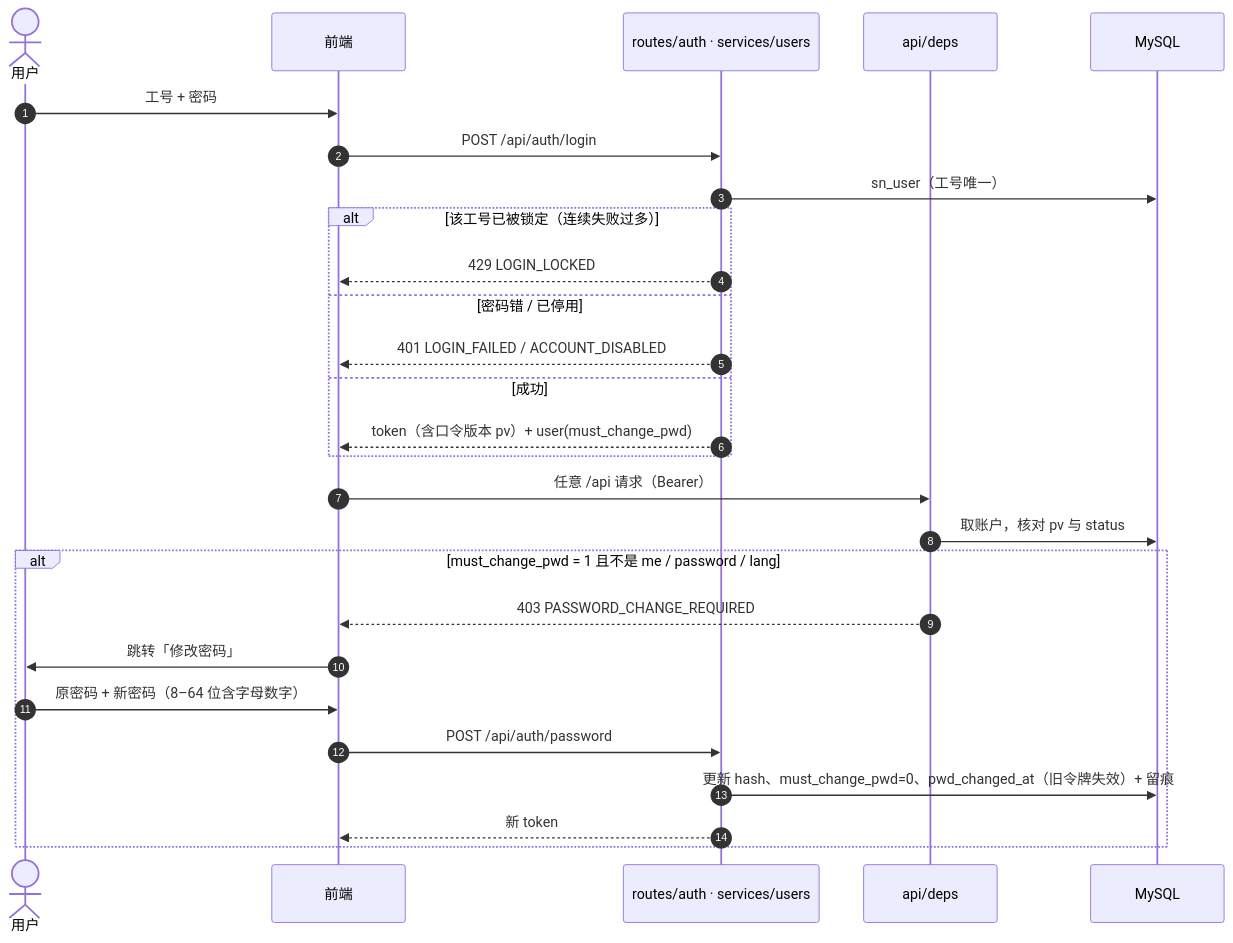
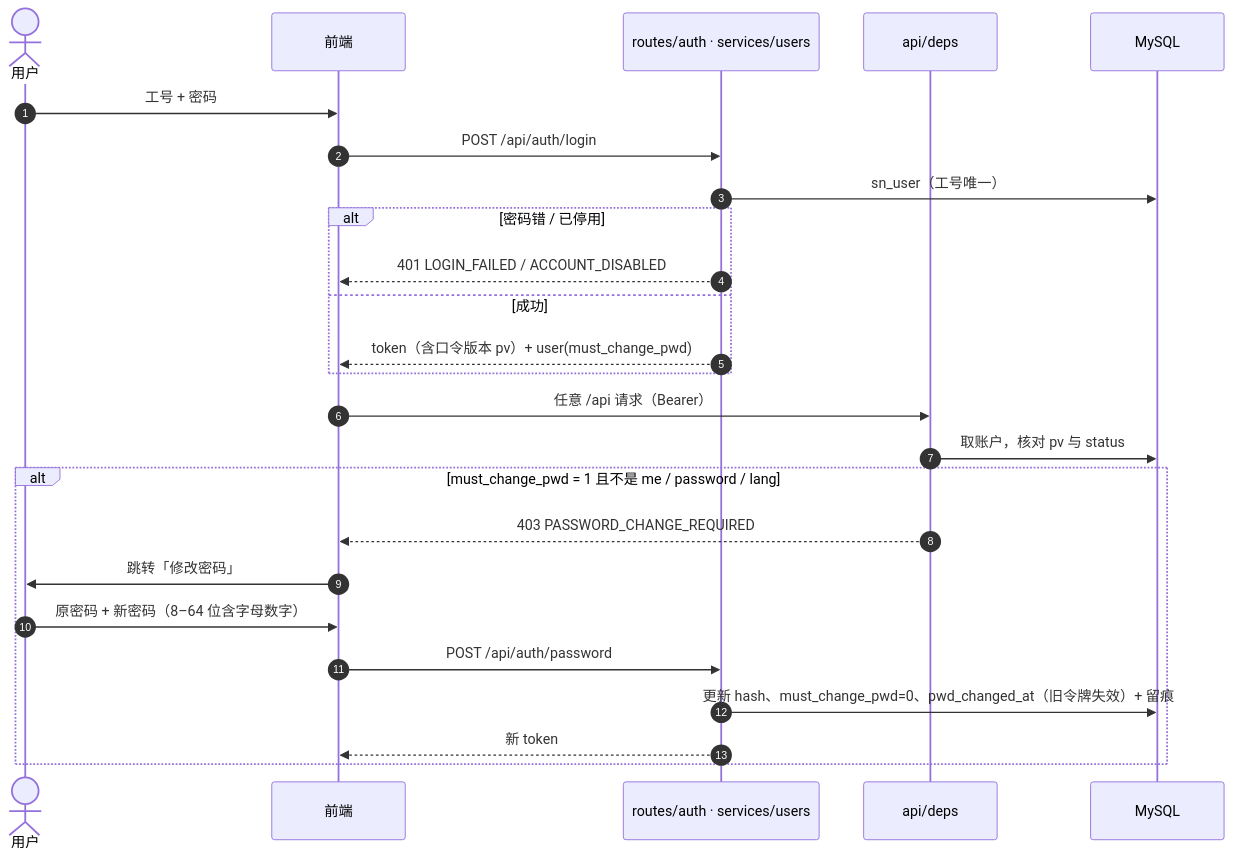
The fourth of 13 diagrams in docs/技术文档.md (Createsnow/sn-center), drawn with Mermaid before and after one commit. The commit also changed other lines of this file and 16 other files, not shown here.

````diff
--- a/docs/技术文档.md
+++ b/docs/技术文档.md
@@ -138,29 +138,27 @@
 ```mermaid
 sequenceDiagram
     autonumber
     actor U as 用户
     participant W as 前端
     participant A as routes/auth · services/users
     participant I as api/deps
     participant DB as MySQL
     U->>W: 工号 + 密码
     W->>A: POST /api/auth/login
     A->>DB: sn_user（工号唯一）
-    alt 该工号已被锁定（连续失败过多）
-        A-->>W: 429 LOGIN_LOCKED
-    else 密码错 / 已停用
+    alt 密码错 / 已停用
         A-->>W: 401 LOGIN_FAILED / ACCOUNT_DISABLED
     else 成功
         A-->>W: token（含口令版本 pv）+ user(must_change_pwd)
     end
     W->>I: 任意 /api 请求（Bearer）
     I->>DB: 取账户，核对 pv 与 status
     alt must_change_pwd = 1 且不是 me / password / lang
         I-->>W: 403 PASSWORD_CHANGE_REQUIRED
         W->>U: 跳转「修改密码」
         U->>W: 原密码 + 新密码（8–64 位含字母数字）
         W->>A: POST /api/auth/password
         A->>DB: 更新 hash、must_change_pwd=0、pwd_changed_at（旧令牌失效）+ 留痕
         A-->>W: 新 token
     end
 ```
````
